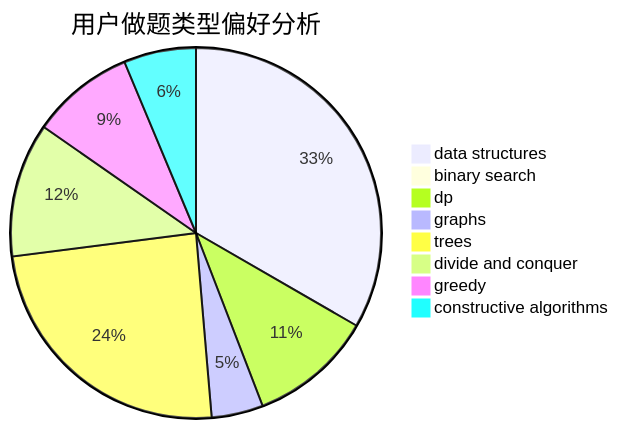
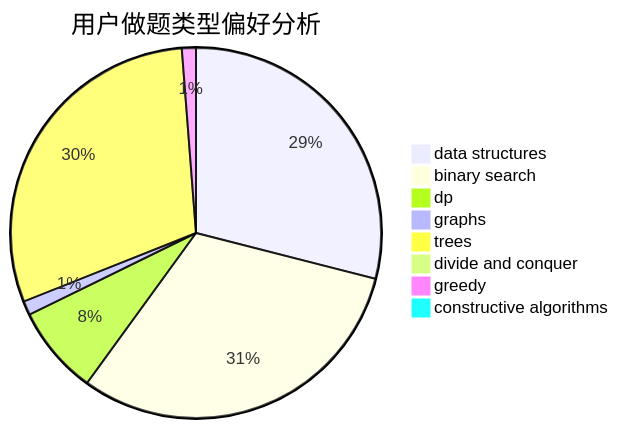
Before and after one commit to sherpahu/cfrs.github.io: the second of 3 diagrams in docs/user/u1819.md, drawn with Mermaid. The commit also changed other lines of this file and 2770 other files, not shown here.

````diff
--- a/docs/user/u1819.md
+++ b/docs/user/u1819.md
@@ -23,11 +23,11 @@
 ```mermaid
 pie title 用户做题类型偏好分析
-    "data structures" :  37
-    "binary search" :  0
-    "dp" :  12
-    "graphs" :  5
-    "trees" :  27
-    "divide and conquer" :  13
-    "greedy" :  10
-    "constructive algorithms" :  7
+    "data structures" :  71
+    "binary search" :  76
+    "dp" :  19
+    "graphs" :  3
+    "trees" :  73
+    "divide and conquer" :  0
+    "greedy" :  3
+    "constructive algorithms" :  0
 ```
````
